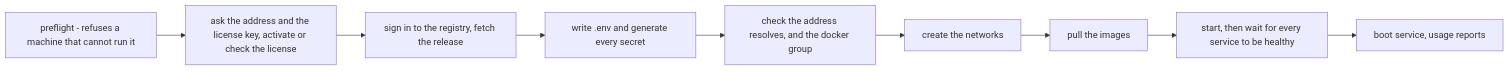
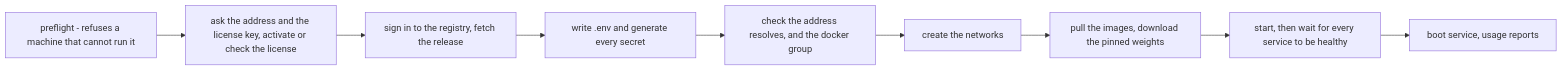
The diagram in docs/install.md (understand-tech/ai-in-a-box), drawn with Mermaid before and after one commit. The commit also changed other lines of this file and 7 other files, not shown here.

First line of the commit message:
Place the pinned weights online too, and fetch nothing on first start

````diff
--- a/docs/install.md
+++ b/docs/install.md
@@ -14,14 +14,14 @@
 ```mermaid
 flowchart LR
     PREFLIGHT["preflight - refuses a machine that cannot run it"]
     ASK["ask the address and the license key, activate or check the license"]
     FETCH["sign in to the registry, fetch the release"]
     CONFIGURE["write .env and generate every secret"]
     RESOLVE["check the address resolves, and the docker group"]
     CA["create the networks"]
-    PULL["pull the images"]
+    PULL["pull the images, download the pinned weights"]
     START["start, then wait for every service to be healthy"]
     PERSIST["boot service, usage reports"]
     PREFLIGHT --> ASK --> FETCH --> CONFIGURE --> RESOLVE
     RESOLVE --> CA --> PULL --> START --> PERSIST
 ```
````
